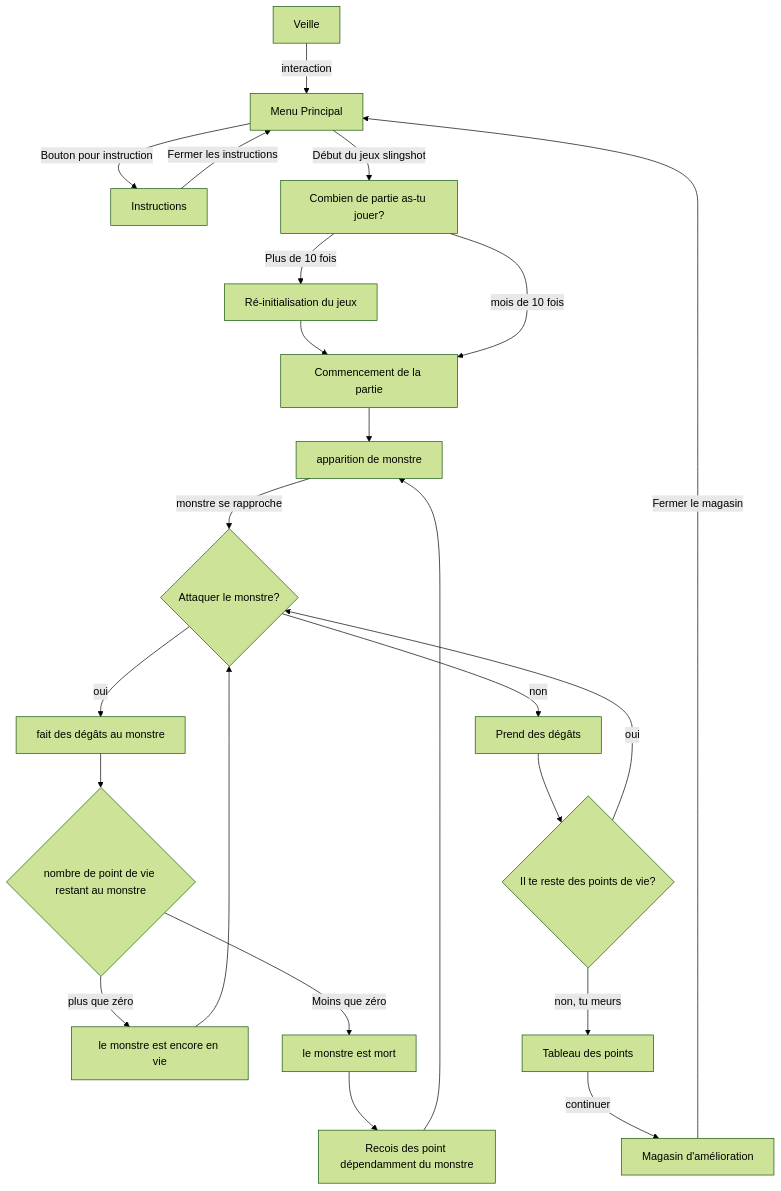
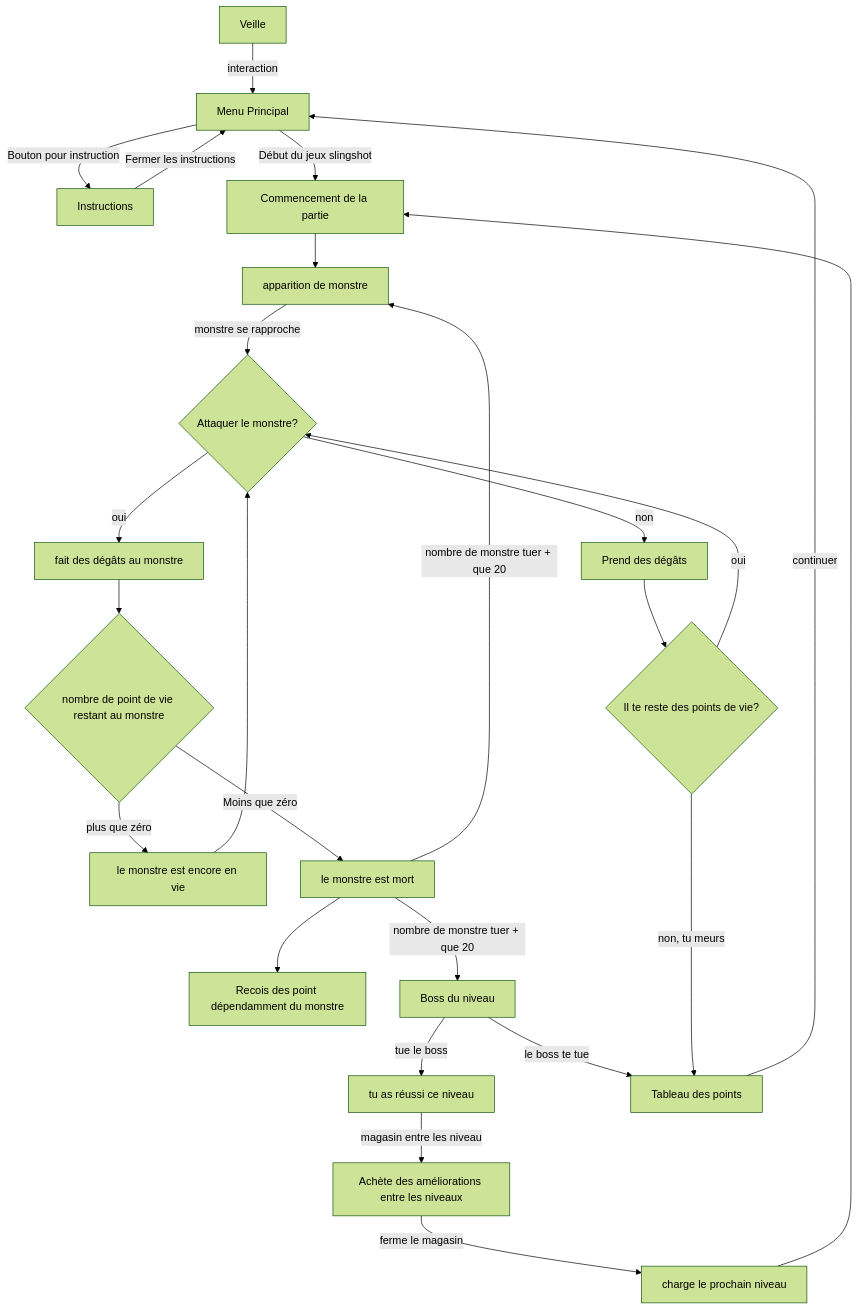
The diagram in README.md (sideking/Game-of-FUN), drawn with Mermaid (forest theme) before and after one commit. The commit also changed other lines of this file, not shown here.

Commit message:
Update README.md - mermaid plus plus

````diff
--- a/README.md
+++ b/README.md
@@ -1,32 +25,34 @@
 ```mermaid
 	flowchart TD
 	Veille[Veille] --> |interaction| MainMenu[Menu Principal]
 	MainMenu --> |Bouton pour instruction| Instructions[Instructions]
 	Instructions --> |Fermer les instructions| MainMenu
-	MainMenu --> |Début du jeux slingshot| GameCounter[Combien de partie as-tu jouer?]
-	GameCounter --> |Plus de 10 fois| ResetGame[Ré-initialisation du jeux]
-	ResetGame --> DébutJeux
-	GameCounter --> |mois de 10 fois| DébutJeux[Commencement de la partie]
-
+	MainMenu --> |Début du jeux slingshot| DébutJeux[Commencement de la partie]
 	DébutJeux --> SpawnMonster[apparition de monstre]
 	SpawnMonster --> |monstre se rapproche| AttackMonster{Attaquer le monstre?}
 
 	AttackMonster --> |oui| DamageMonster[fait des dégâts au monstre]
 	DamageMonster --> MonsterHP{nombre de point de vie restant au monstre}
 	MonsterHP --> |plus que zéro| MonsterAlive[le monstre est encore en vie]
 	MonsterHP --> |Moins que zéro| MonsterDead[le monstre est mort]
 	MonsterAlive --> AttackMonster
 	MonsterDead --> GetPoint[Recois des point dépendamment du monstre]
-	GetPoint --> SpawnMonster
-	
+	MonsterDead --nombre de monstre tuer + que 20--> SpawnMonster
+
+
+	MonsterDead -- nombre de monstre tuer + que 20 --> BossSpawn[Boss du niveau]
+	BossSpawn --tue le boss--> LevelFinished[tu as réussi ce niveau]
+	BossSpawn --le boss te tue--> ScoreBoard
+	LevelFinished --magasin entre les niveau--> MagasinNiveau[Achète des améliorations entre les niveaux]
+	MagasinNiveau -- ferme le magasin --> LoadNextLevel[charge le prochain niveau]
+	LoadNextLevel --> DébutJeux
 
 	AttackMonster --> |non| TakeDamage[Prend des dégâts]
 	TakeDamage --> HPStatus{Il te reste des points de vie?}
 	HPStatus --> |oui| AttackMonster
 	HPStatus --> |non, tu meurs| ScoreBoard[Tableau des points]
 
-	ScoreBoard --> |continuer| RogueLikeShop[Magasin d'amélioration]
-	RogueLikeShop --> |Fermer le magasin| MainMenu
+	ScoreBoard --> |continuer| MainMenu
+	
 
-	
 ```
````
